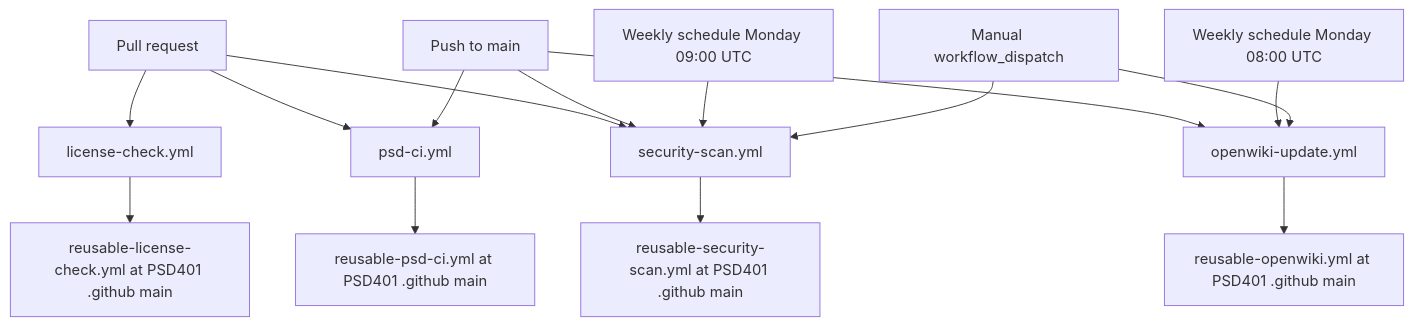
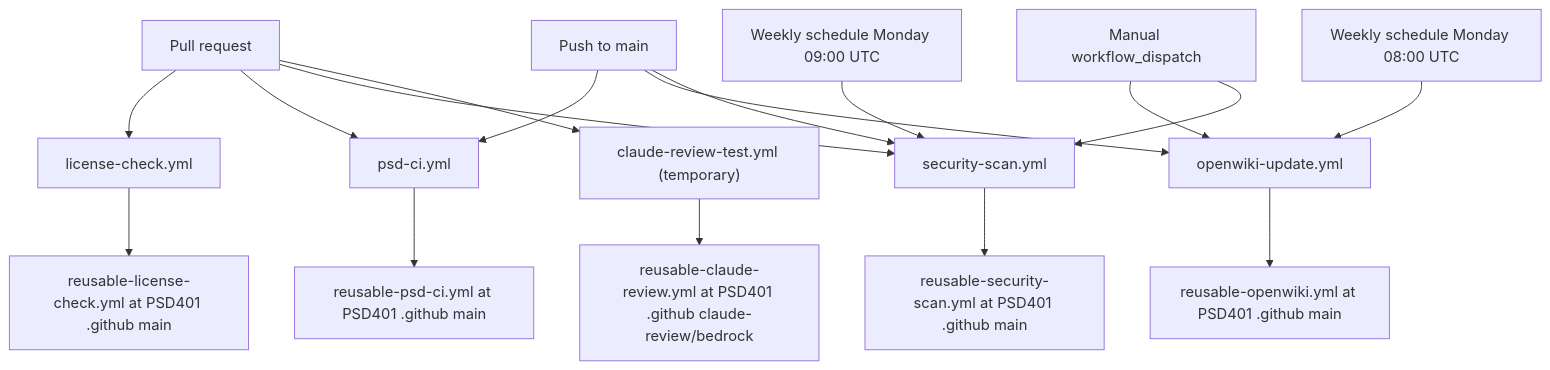
Before and after one commit to psd401/psd-standards-canary: the diagram in openwiki/delivery/ci-workflows.md, drawn with Mermaid. The commit also changed other lines of this file and 6 other files, not shown here.

````diff
--- a/openwiki/delivery/ci-workflows.md
+++ b/openwiki/delivery/ci-workflows.md
@@ -21,17 +21,19 @@
 ```mermaid
 flowchart TD
   PR["Pull request"] --> LC["license-check.yml"]
   PR --> CI["psd-ci.yml"]
   PR --> SS["security-scan.yml"]
+  PR --> CR["claude-review-test.yml (temporary)"]
   PUSH["Push to main"] --> CI
   PUSH --> OW["openwiki-update.yml"]
   PUSH --> SS
   CRON["Weekly schedule Monday 08:00 UTC"] --> OW
   SCAN["Weekly schedule Monday 09:00 UTC"] --> SS
   MANUAL["Manual workflow_dispatch"] --> OW
   MANUAL --> SS
   CI --> RCI["reusable-psd-ci.yml at PSD401 .github main"]
   LC --> RLC["reusable-license-check.yml at PSD401 .github main"]
   OW --> ROW["reusable-openwiki.yml at PSD401 .github main"]
   SS --> RSS["reusable-security-scan.yml at PSD401 .github main"]
+  CR --> RCR["reusable-claude-review.yml at PSD401 .github claude-review/bedrock"]
 ```
````
